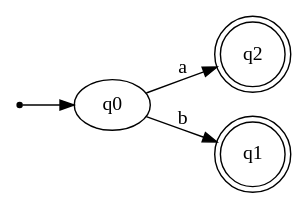
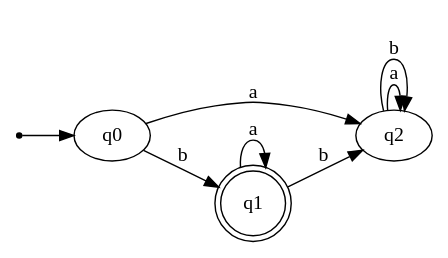
The diagram in example-automatons/automata_dfa.dot (eabalestra/nondeterministic-finite-automaton), drawn with Graphviz before and after one commit. The commit also changed 7 other files, not shown here.

```diff
--- a/example-automatons/automata_dfa.dot
+++ b/example-automatons/automata_dfa.dot
@@ -1,18 +1,20 @@
 digraph{
     rankdir=LR;
     inic[shape=point];
 
     inic->q0;
 
     q0->q2 [label="a"];
     q0->q1 [label="b"];
+    q1->q1 [label="a"];
+    q1->q2 [label="b"];
 
     q1[shape=doublecircle]
+    q2->q2 [label="a"];
+    q2->q2 [label="b"];
+}
+//State q0: {0, 2, 3, 4}
 
-    q2[shape=doublecircle]
-}
-//State q0: {0, 1, 2}
+//State q1: {1, 2, 3, 4}
 
-//State q1: {4, 5}
-
-//State q2: {3, 5}
+//State q2: {2, 3, 4}
```
